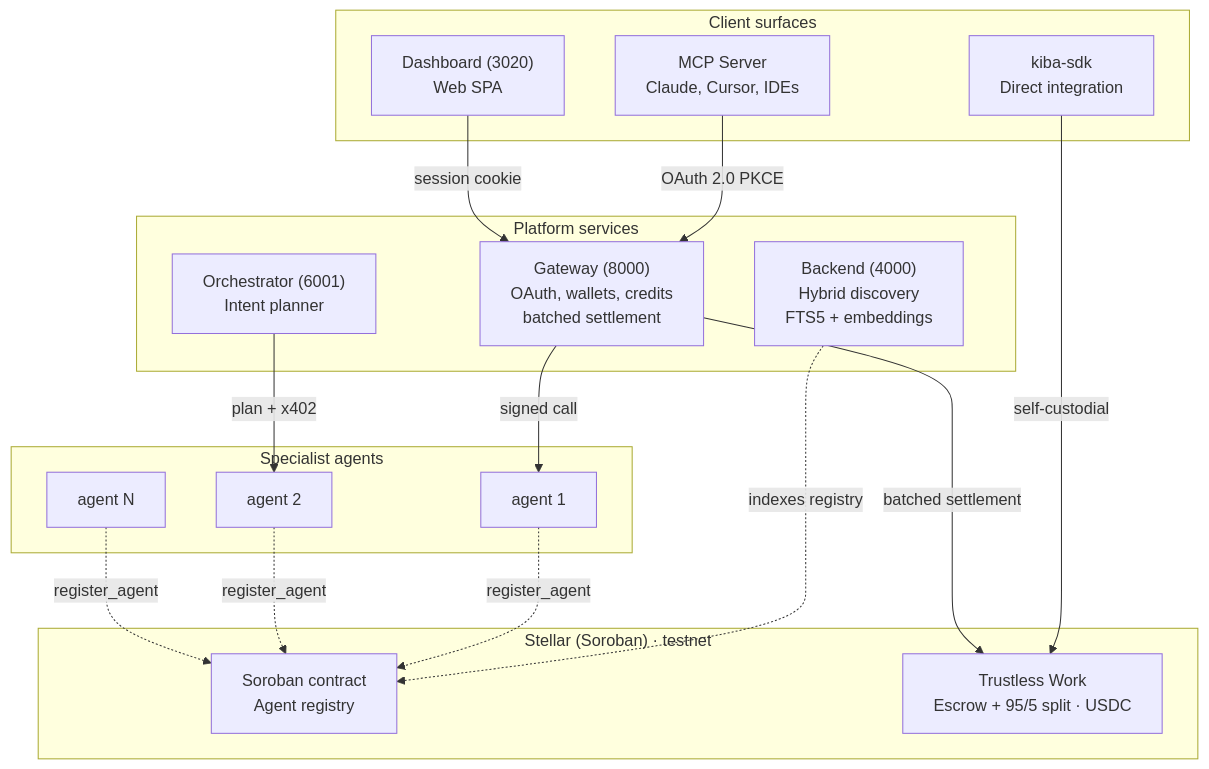
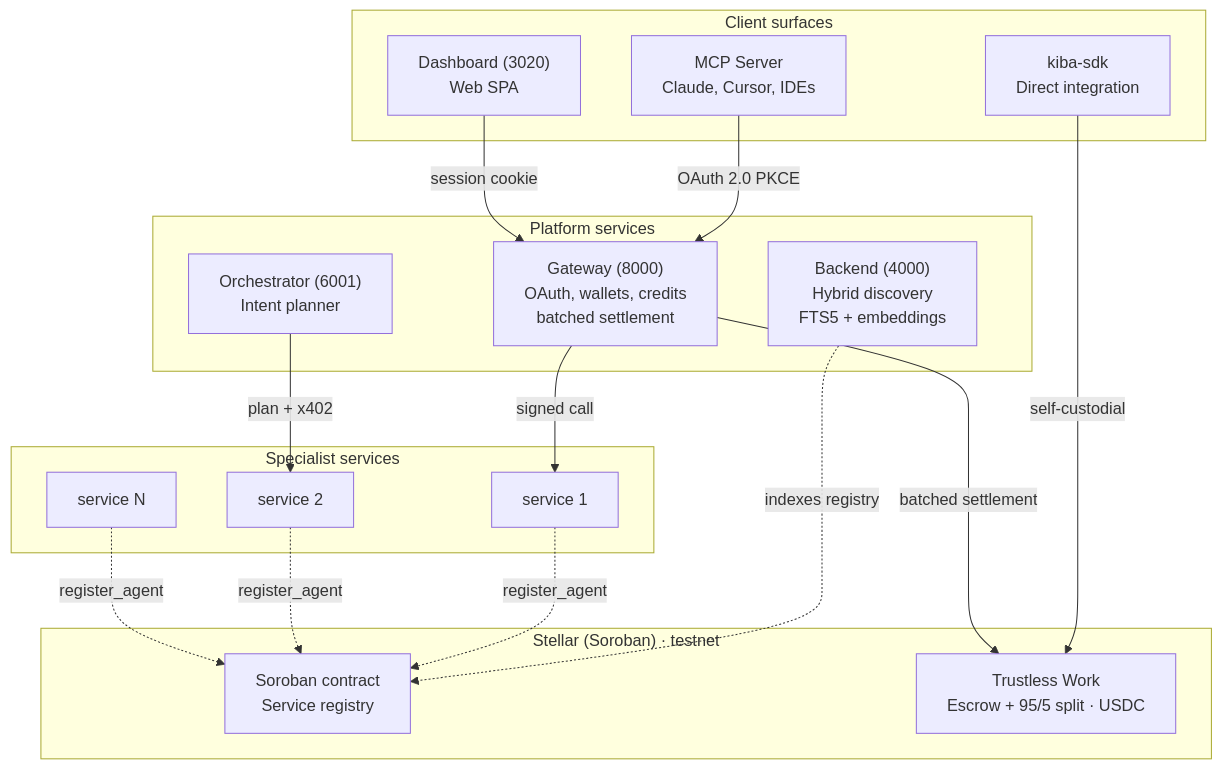
Before and after one commit to CoKeFish/kiba: the first of 2 diagrams in README.md, drawn with Mermaid. The commit also changed other lines of this file and 18 other files, not shown here.

````diff
--- a/README.md
+++ b/README.md
@@ -59,34 +59,34 @@
 ```mermaid
 graph TB
     subgraph chain["Stellar (Soroban) · testnet"]
-        SC["Soroban contract<br/>Agent registry"]
+        SC["Soroban contract<br/>Service registry"]
         TW["Trustless Work<br/>Escrow + 95/5 split · USDC"]
     end
 
     subgraph platform["Platform services"]
         BE["Backend (4000)<br/>Hybrid discovery<br/>FTS5 + embeddings"]
         GW["Gateway (8000)<br/>OAuth, wallets, credits<br/>batched settlement"]
         ORCH["Orchestrator (6001)<br/>Intent planner"]
     end
 
     subgraph clients["Client surfaces"]
         MCP["MCP Server<br/>Claude, Cursor, IDEs"]
         SDK["kiba-sdk<br/>Direct integration"]
         DASH["Dashboard (3020)<br/>Web SPA"]
     end
 
-    subgraph agents["Specialist agents"]
-        A1["agent 1"]
-        A2["agent 2"]
-        A3["agent N"]
+    subgraph agents["Specialist services"]
+        A1["service 1"]
+        A2["service 2"]
+        A3["service N"]
     end
 
     MCP -->|OAuth 2.0 PKCE| GW
     DASH -->|session cookie| GW
     SDK -->|self-custodial| TW
     GW -->|signed call| A1
     GW -->|batched settlement| TW
     ORCH -->|plan + x402| A2
     BE -.->|indexes registry| SC
     A1 & A2 & A3 -.->|register_agent| SC
 ```
````
